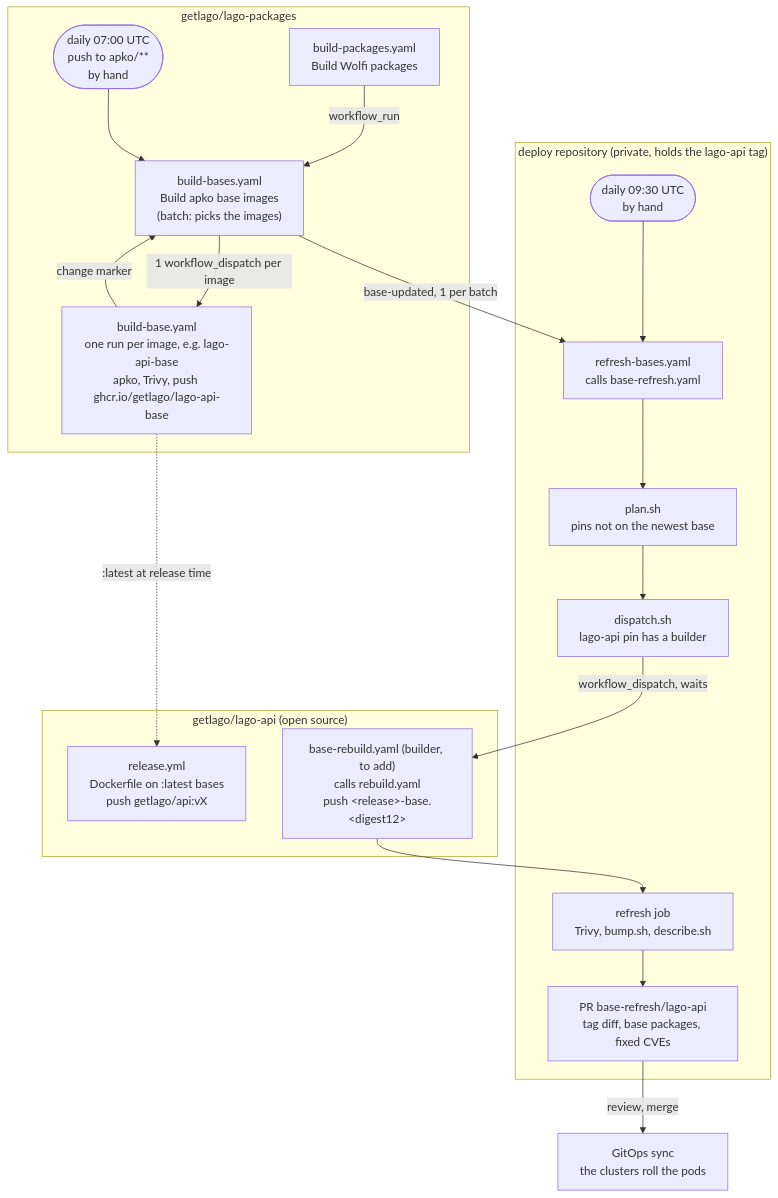
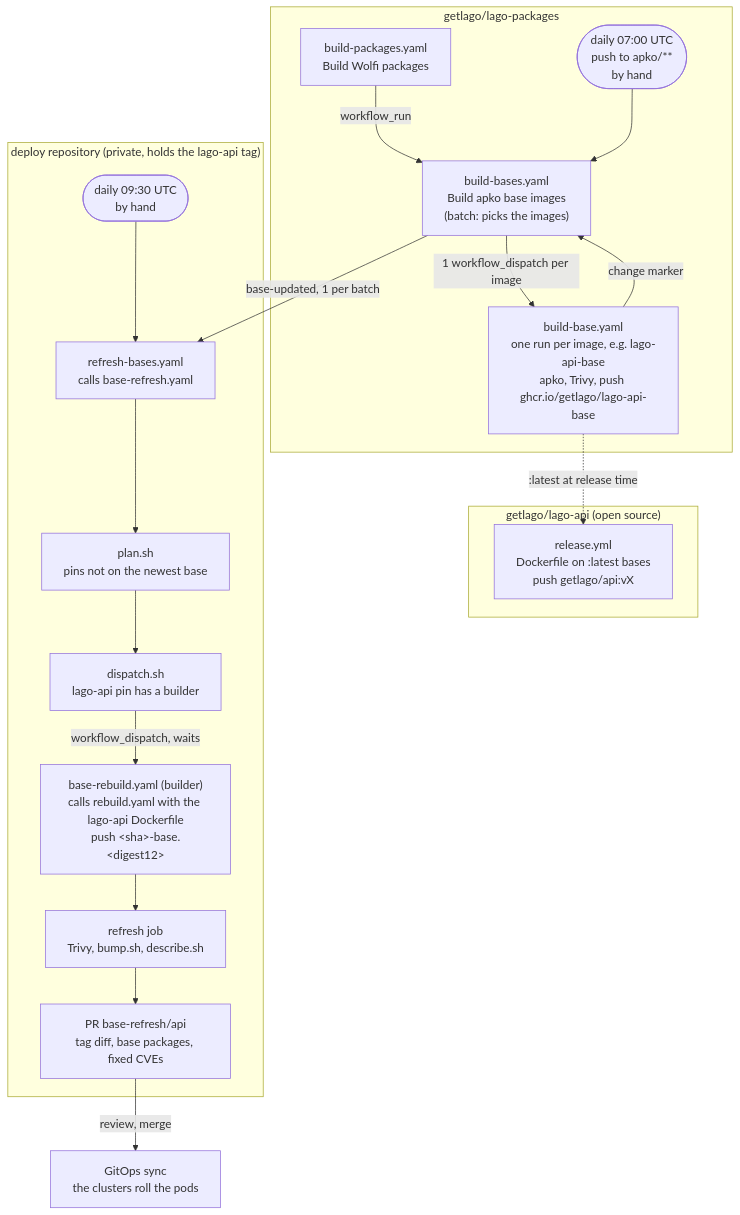
The diagram in README.md (getlago/lago-packages), drawn with Mermaid before and after one commit. The commit also changed other lines of this file, not shown here.

First line of the commit message:
docs(bases): the deploy repository is the lago-api builder

````diff
--- a/README.md
+++ b/README.md
@@ -84,32 +84,32 @@
 ```mermaid
 flowchart TD
   subgraph LP["getlago/lago-packages"]
     PK["build-packages.yaml<br/>Build Wolfi packages"]
     T1(["daily 07:00 UTC<br/>push to apko/**<br/>by hand"])
     BB["build-bases.yaml<br/>Build apko base images<br/>(batch: picks the images)"]
     BI["build-base.yaml<br/>one run per image, e.g. lago-api-base<br/>apko, Trivy, push ghcr.io/getlago/lago-api-base"]
     PK -- "workflow_run" --> BB
     T1 --> BB
     BB -- "1 workflow_dispatch per image" --> BI
     BI -- "change marker" --> BB
   end
   subgraph API["getlago/lago-api (open source)"]
     REL["release.yml<br/>Dockerfile on :latest bases<br/>push getlago/api:vX"]
-    BR["base-rebuild.yaml (builder, to add)<br/>calls rebuild.yaml<br/>push &lt;release&gt;-base.&lt;digest12&gt;"]
   end
   subgraph CO["deploy repository (private, holds the lago-api tag)"]
     T2(["daily 09:30 UTC<br/>by hand"])
     RB["refresh-bases.yaml<br/>calls base-refresh.yaml"]
     PL["plan.sh<br/>pins not on the newest base"]
     DI["dispatch.sh<br/>lago-api pin has a builder"]
+    BR["base-rebuild.yaml (builder)<br/>calls rebuild.yaml with the lago-api Dockerfile<br/>push &lt;sha&gt;-base.&lt;digest12&gt;"]
     RF["refresh job<br/>Trivy, bump.sh, describe.sh"]
-    PR["PR base-refresh/lago-api<br/>tag diff, base packages, fixed CVEs"]
+    PR["PR base-refresh/api<br/>tag diff, base packages, fixed CVEs"]
     T2 --> RB --> PL --> DI
     RF --> PR
   end
   BI -. ":latest at release time" .-> REL
   BB -- "base-updated, 1 per batch" --> RB
   DI -- "workflow_dispatch, waits" --> BR
   BR --> RF
   PR -- "review, merge" --> GO["GitOps sync<br/>the clusters roll the pods"]
 ```
````
